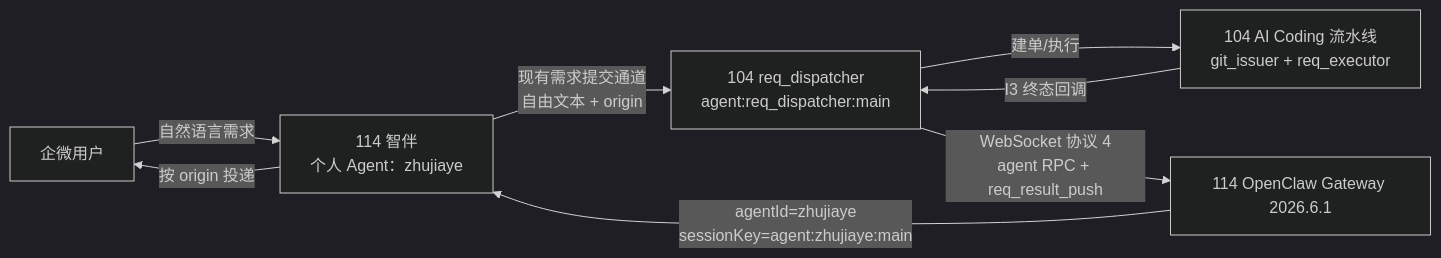
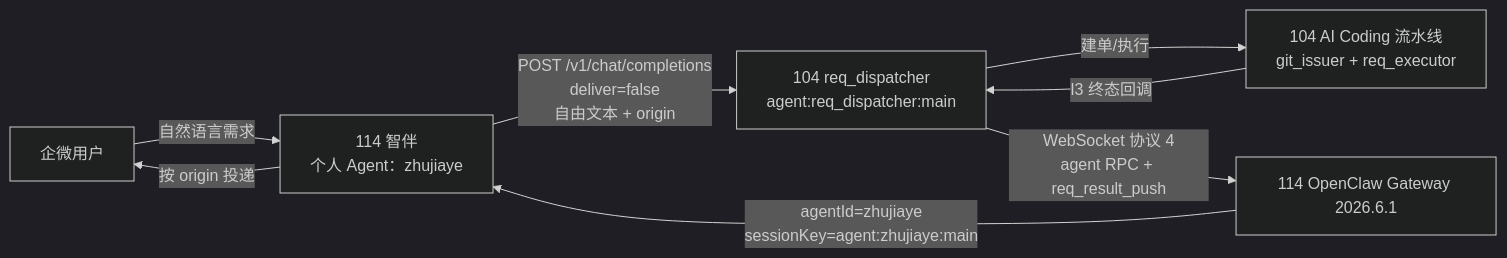
Before and after one commit to YCyberNexus/MyOpenClawAgents: the first of 2 diagrams in docs/blue-zone-infrastructure/openclaw-104-114-communication-contract.md, drawn with Mermaid (dark theme). The commit also changed other lines of this file and 3 other files, not shown here.

````diff
--- a/docs/blue-zone-infrastructure/openclaw-104-114-communication-contract.md
+++ b/docs/blue-zone-infrastructure/openclaw-104-114-communication-contract.md
@@ -32,10 +34,10 @@
 ```mermaid
 flowchart LR
     U["企微用户"] -->|"自然语言需求"| Z["114 智伴<br/>个人 Agent：zhujiaye"]
-    Z -->|"现有需求提交通道<br/>自由文本 + origin"| D["104 req_dispatcher<br/>agent:req_dispatcher:main"]
+    Z -->|"POST /v1/chat/completions<br/>deliver=false<br/>自由文本 + origin"| D["104 req_dispatcher<br/>agent:req_dispatcher:main"]
     D -->|"建单/执行"| P["104 AI Coding 流水线<br/>git_issuer + req_executor"]
     P -->|"I3 终态回调"| D
     D -->|"WebSocket 协议 4<br/>agent RPC + req_result_push"| G["114 OpenClaw Gateway 2026.6.1"]
     G -->|"agentId=zhujiaye<br/>sessionKey=agent:zhujiaye:main"| Z
     Z -->|"按 origin 投递"| U
 ```
````
